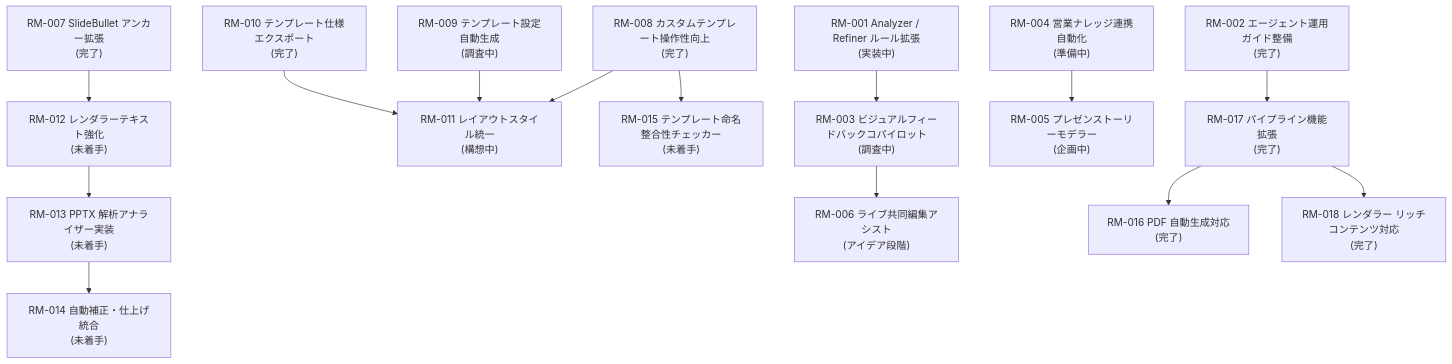
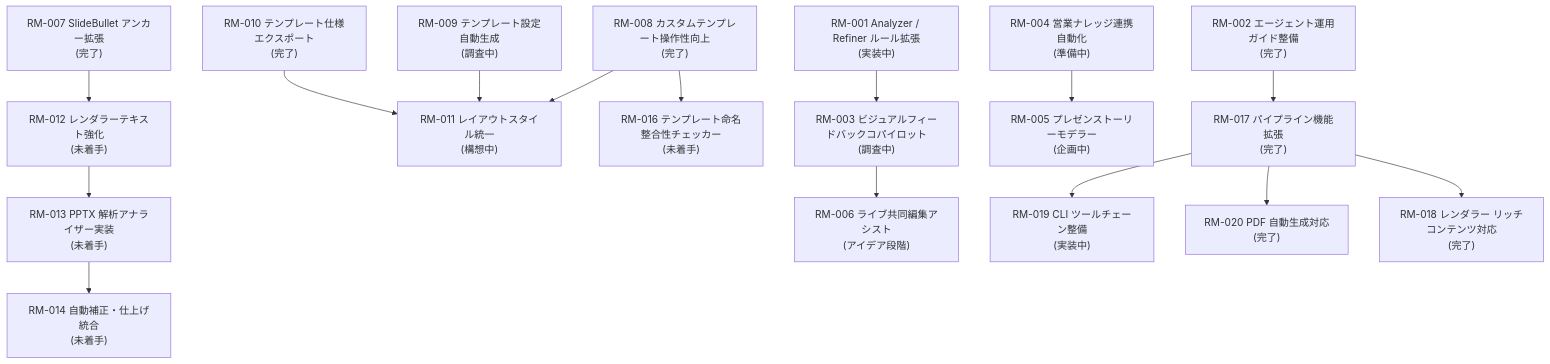
One commit to yurake/pptx_generator changed the diagram in docs/roadmap/README.md. Above: the diagram before and after it, drawn with Mermaid. The commit also changed other lines of this file and 16 other files, not shown here.

First line of the commit message:
docs: refresh roadmap and supporting guides (#166)

````diff
--- a/docs/roadmap/README.md
+++ b/docs/roadmap/README.md
@@ -23,16 +28,17 @@
 ```mermaid
 graph TD
     RM007["RM-007 SlideBullet アンカー拡張\n(完了)"] --> RM012["RM-012 レンダラーテキスト強化\n(未着手)"]
     RM012 --> RM013["RM-013 PPTX 解析アナライザー実装\n(未着手)"]
     RM013 --> RM014["RM-014 自動補正・仕上げ統合\n(未着手)"]
     RM008["RM-008 カスタムテンプレート操作性向上\n(完了)"] --> RM011["RM-011 レイアウトスタイル統一\n(構想中)"]
     RM009["RM-009 テンプレート設定自動生成\n(調査中)"] --> RM011
     RM010["RM-010 テンプレート仕様エクスポート\n(完了)"] --> RM011
-    RM008 --> RM015["RM-015 テンプレート命名整合性チェッカー\n(未着手)"]
+    RM008 --> RM016["RM-016 テンプレート命名整合性チェッカー\n(未着手)"]
     RM001["RM-001 Analyzer / Refiner ルール拡張\n(実装中)"] --> RM003["RM-003 ビジュアルフィードバックコパイロット\n(調査中)"]
     RM003 --> RM006["RM-006 ライブ共同編集アシスト\n(アイデア段階)"]
     RM004["RM-004 営業ナレッジ連携自動化\n(準備中)"] --> RM005["RM-005 プレゼンストーリーモデラー\n(企画中)"]
     RM002["RM-002 エージェント運用ガイド整備\n(完了)"] --> RM017["RM-017 パイプライン機能拡張\n(完了)"]
-    RM017 --> RM016["RM-016 PDF 自動生成対応\n(完了)"]
+    RM017 --> RM019["RM-019 CLI ツールチェーン整備\n(実装中)"]
+    RM017 --> RM020["RM-020 PDF 自動生成対応\n(完了)"]
     RM017 --> RM018["RM-018 レンダラー リッチコンテンツ対応\n(完了)"]
 ```
````
